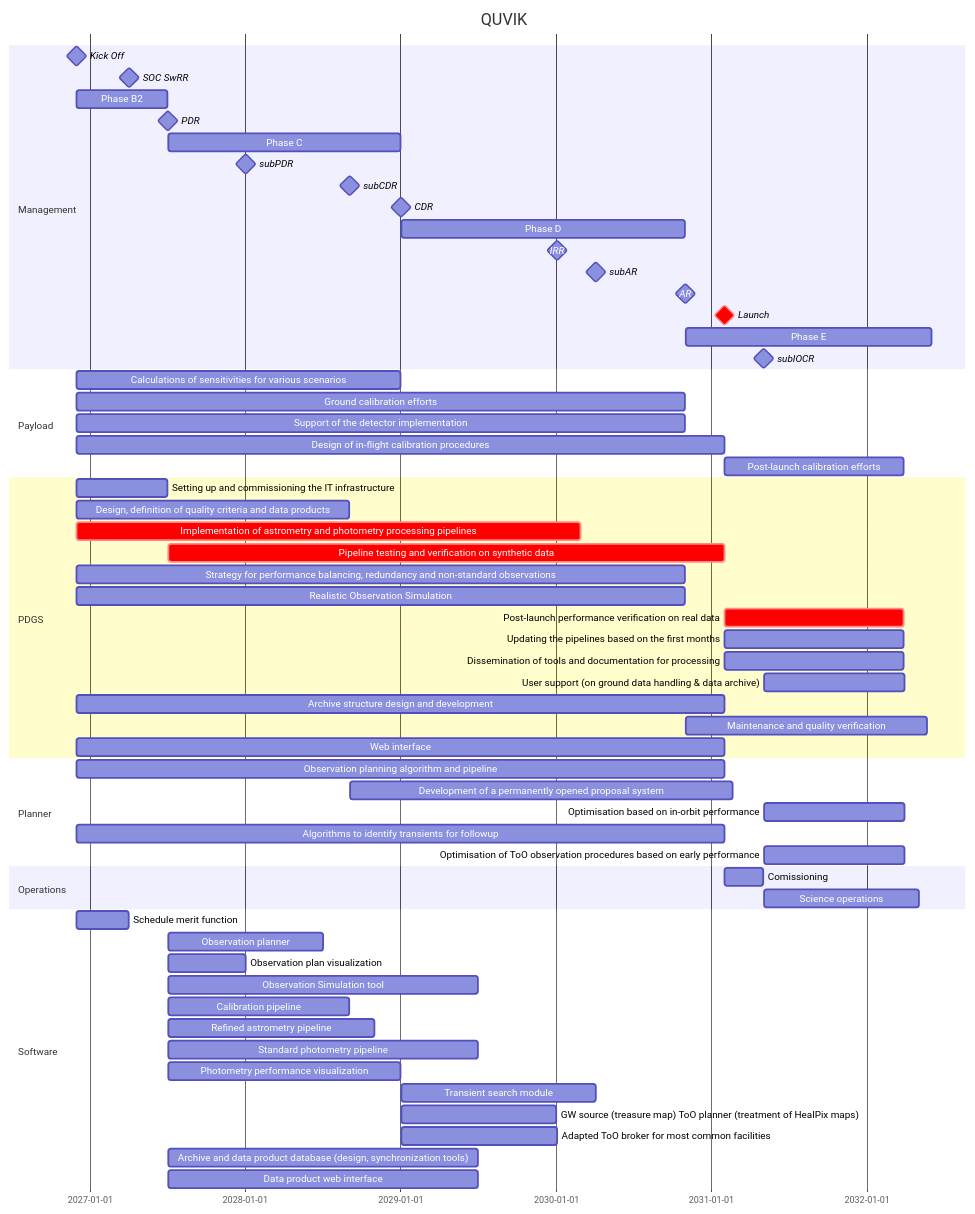
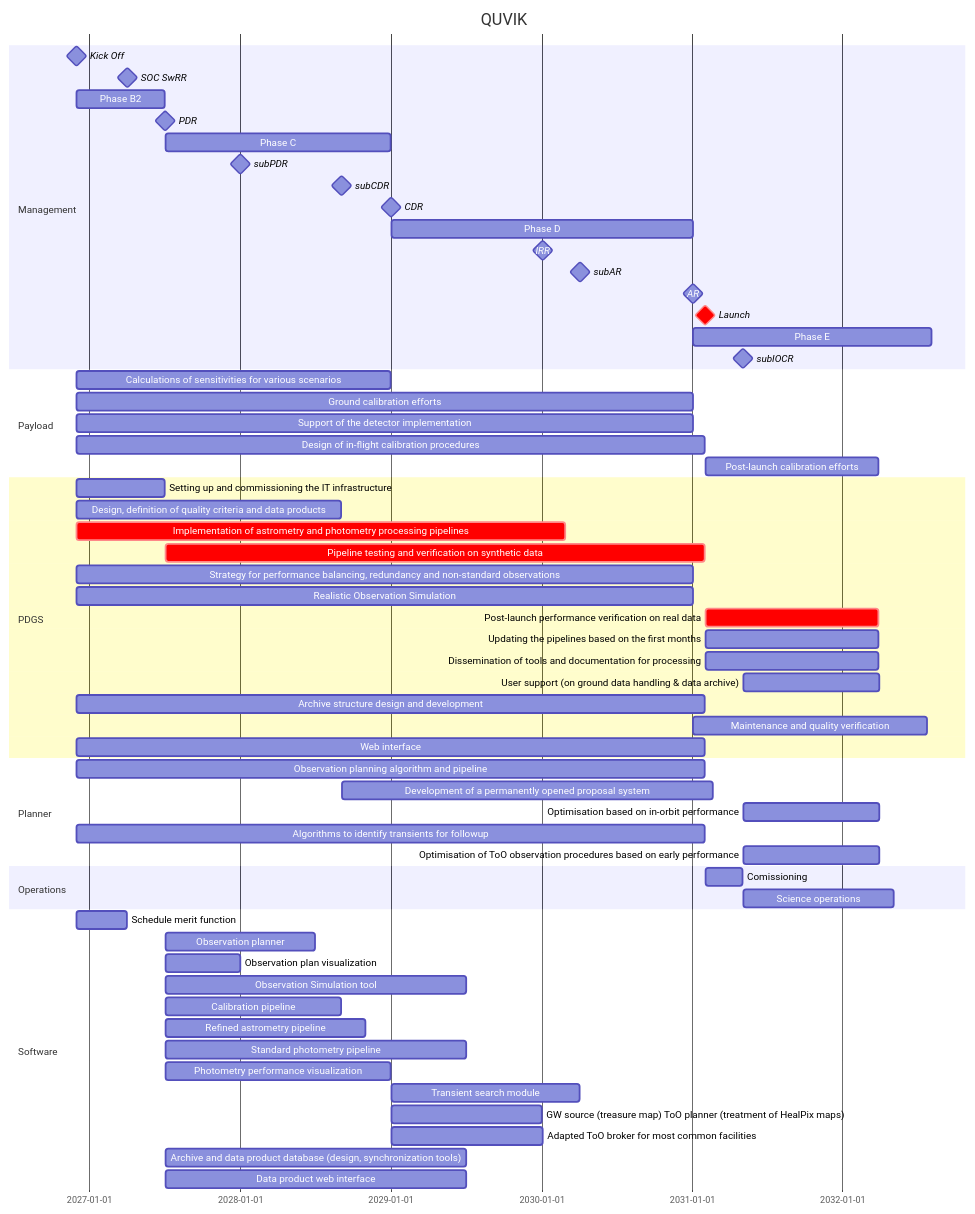
One commit to limu007/quvik changed the first of 2 diagrams in calib/SOC.md. Above: the diagram before and after it, drawn with Mermaid.

````diff
--- a/calib/SOC.md
+++ b/calib/SOC.md
@@ -1,70 +1,70 @@
 ```mermaid
 gantt
     title QUVIK
     dateFormat  YYYY-MM-DD
     section Management
     Kick Off : milestone, m1, 2026-12-01, 1d
     SOC SwRR : milestone, swr, after SD-1, 1d
     Phase B2 : b2, after m1, 213d
     PDR : milestone, pdr, after b2, 1d
     Phase C : c1, after pdr, 547d
     subPDR :  milestone, sp1, after SD-3, 1d
     subCDR :  milestone, sc1, after SD-5, 1d
     CDR : milestone, cdr, after c1, 1d
-    Phase D : d1, after cdr, 668d
+    Phase D : d1, after cdr, 730d
     IRR : milestone, irr, after SD-11, 1d
     subAR: milestone, sar, after SD-9, 1d
     AR : milestone, ar, after d1, 1d
     Launch : crit, milestone, frr, after fol, 1d
     Phase E : e1, after ar, 578d
     subIOCR : milestone, iocr, after e2, 1d
 
     section Payload
     Calculations of sensitivities for various scenarios :  after m1 , until cdr
     Ground calibration efforts :  after m1 , until ar
     Support of the detector implementation :  after m1 , until ar 
     Design of in-flight calibration procedures :  dcal, after m1 , until frr
     Post-launch calibration efforts : after frr , 420d
 
     section PDGS
     Setting up and commissioning the IT infrastructure : after m1, until pdr
     Design, definition of quality criteria and data products : 	des, after m1	, until sc1
     Implementation of astrometry and photometry processing pipelines :crit, imp, after m1 , 169w
     Pipeline testing and verification on synthetic data :crit,  pp, after pdr, until frr
     Strategy for performance balancing, redundancy and non-standard observations :  after m1 , until ar
     Realistic Observation Simulation :  after m1 , until ar
     Post-launch performance verification on real data :crit,   after frr , 420d
     Updating the pipelines based on the first months :  after frr , 420d
     Dissemination of tools and documentation for processing :  after frr , 420d
     User support (on ground data handling & data archive) :  after iocr , 330d
     Archive structure design and development :  after m1 , until frr
     Maintenance and quality verification :  after ar , 81w
     Web interface :  after m1 , until frr
 
     section Planner
     Observation planning algorithm and pipeline :  after m1 , until frr
     Development of a permanently opened proposal system : after sc1 , 900d
     Optimisation based on in-orbit performance :  after iocr , 330d
     Algorithms to identify transients for followup : fol, after m1 , 1522d
     Optimisation of ToO observation procedures based on early performance :  after iocr , 330d
 
     section Operations
         Comissioning : e2, after frr, 13w
         Science operations : e3, after iocr, 52w
 
     section Software
         Schedule merit function: SD-1, after m1, 122d
         Observation planner: SD-2, after pdr, 364d
         Observation plan visualization: SD-3, after pdr, 182d
         Observation Simulation tool: SD-4, after pdr, 729d
         Calibration pipeline: SD-5, after pdr, 427d
         Refined astrometry pipeline: SD-6, after pdr, 486d
         Standard photometry pipeline: SD-7, after pdr, 729d
         Photometry performance visualization: SD-8, after pdr, 547d
         Transient search module: SD-9, after cdr, 457d
         GW source (treasure map) ToO planner (treatment of HealPix maps): SD-10, after cdr, 364d
         Adapted ToO broker for most common facilities: SD-11, after cdr, 366d
         Archive and data product database (design, synchronization tools): SD-12, after pdr, 729d
         Data product web interface: SD-13, after pdr, 729d
 
 ```
````
